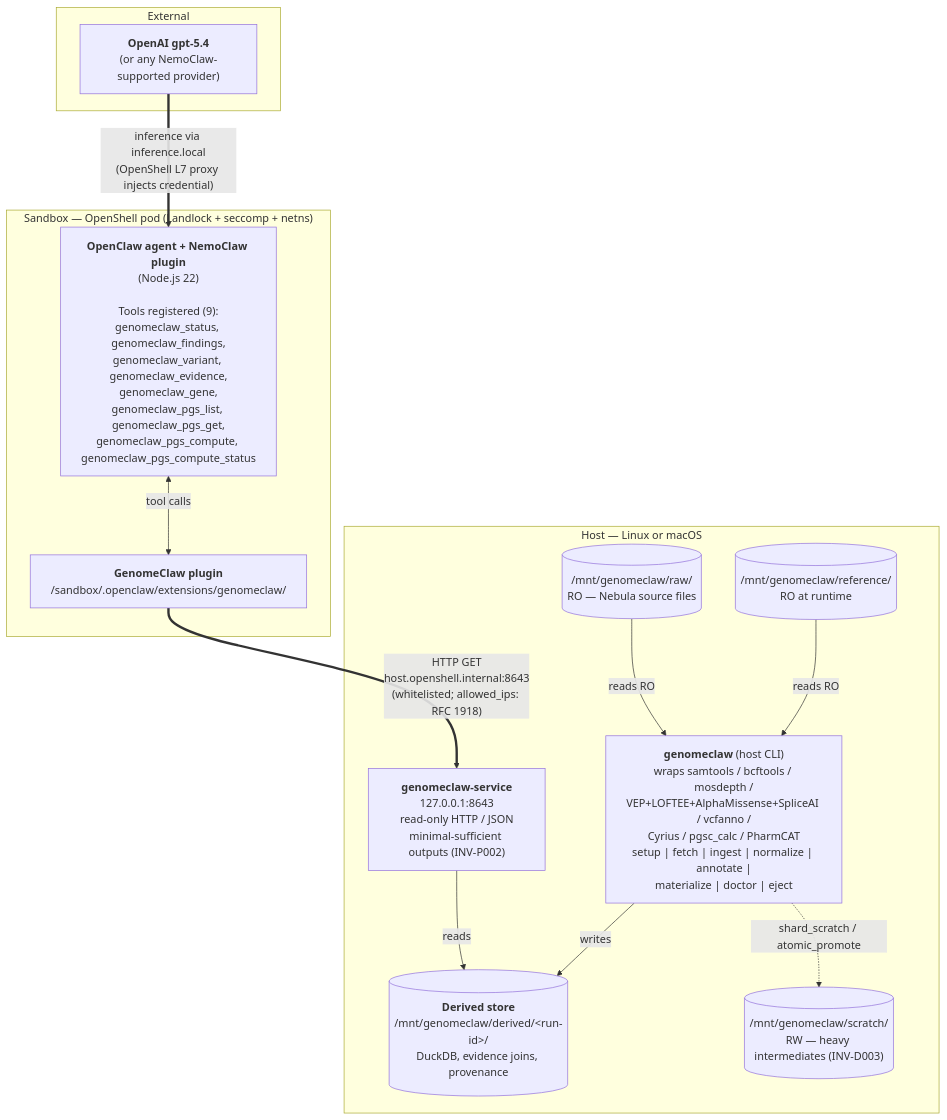
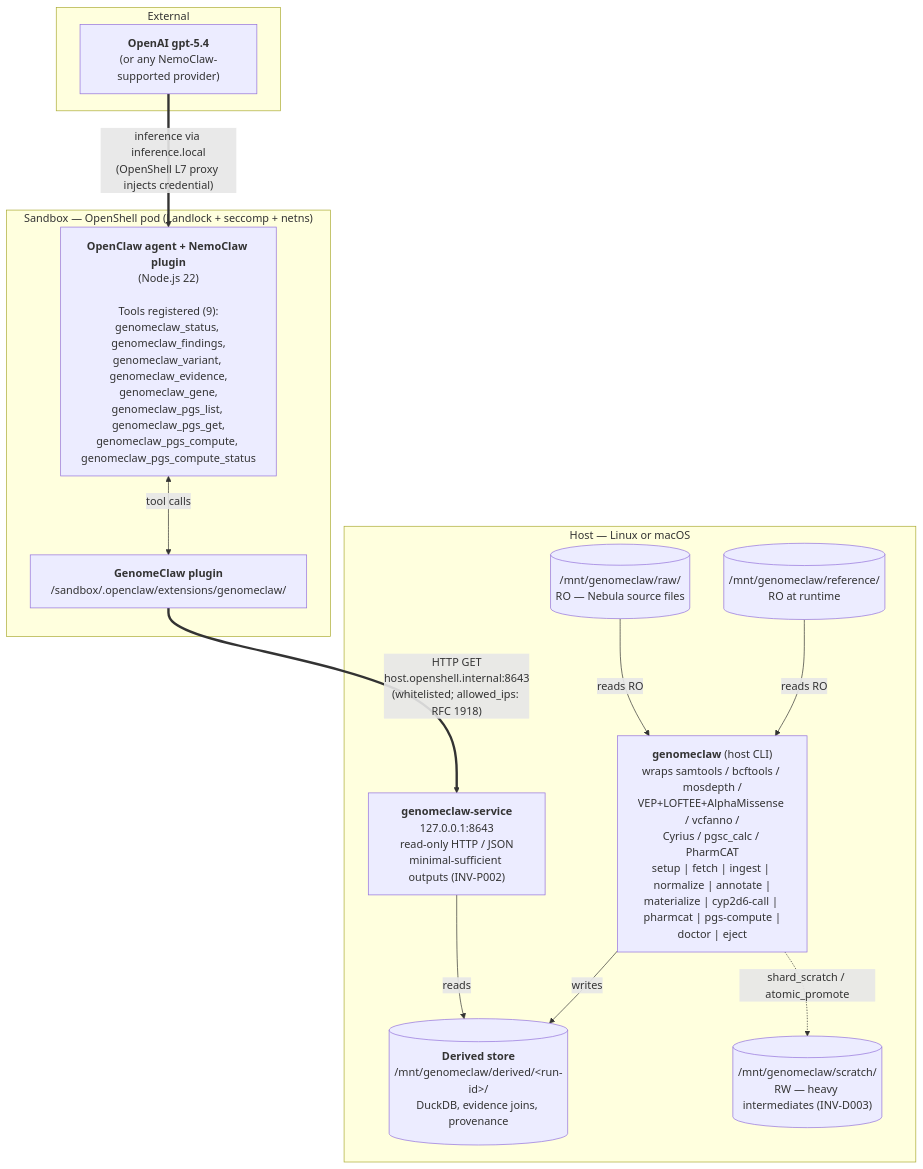
One commit to aerugo/GenomeClaw changed the first of 3 diagrams in docs/reference/architecture.md. Above: the diagram before and after it, drawn with Mermaid. The commit also changed other lines of this file and 8 other files, not shown here.

````diff
--- a/docs/reference/architecture.md
+++ b/docs/reference/architecture.md
@@ -75,30 +75,30 @@
 ```mermaid
 flowchart TB
     subgraph EXT["External"]
         LLM["<b>OpenAI gpt-5.4</b><br/>(or any NemoClaw-supported provider)"]
     end
 
     subgraph SBX["Sandbox — OpenShell pod (Landlock + seccomp + netns)"]
         Agent["<b>OpenClaw agent + NemoClaw plugin</b><br/>(Node.js 22)<br/><br/>Tools registered (9):<br/>genomeclaw_status, genomeclaw_findings,<br/>genomeclaw_variant, genomeclaw_evidence,<br/>genomeclaw_gene,<br/>genomeclaw_pgs_list, genomeclaw_pgs_get,<br/>genomeclaw_pgs_compute, genomeclaw_pgs_compute_status"]
         Plugin["<b>GenomeClaw plugin</b><br/>/sandbox/.openclaw/extensions/genomeclaw/"]
         Agent <-->|tool calls| Plugin
     end
 
     subgraph HST["Host — Linux or macOS"]
         Service["<b>genomeclaw-service</b><br/>127.0.0.1:8643<br/>read-only HTTP / JSON<br/>minimal-sufficient outputs (INV-P002)"]
         Store[("<b>Derived store</b><br/>/mnt/genomeclaw/derived/&lt;run-id&gt;/<br/>DuckDB, evidence joins, provenance")]
-        Prep["<b>genomeclaw</b> (host CLI)<br/>wraps samtools / bcftools / mosdepth /<br/>VEP+LOFTEE+AlphaMissense+SpliceAI / vcfanno /<br/>Cyrius / pgsc_calc / PharmCAT<br/>setup | fetch | ingest | normalize | annotate |<br/>materialize | doctor | eject"]
+        Prep["<b>genomeclaw</b> (host CLI)<br/>wraps samtools / bcftools / mosdepth /<br/>VEP+LOFTEE+AlphaMissense / vcfanno /<br/>Cyrius / pgsc_calc / PharmCAT<br/>setup | fetch | ingest | normalize | annotate |<br/>materialize | cyp2d6-call | pharmcat | pgs-compute |<br/>doctor | eject"]
         Scratch[("/mnt/genomeclaw/scratch/<br/>RW — heavy intermediates (INV-D003)")]
         Raw[("/mnt/genomeclaw/raw/<br/>RO — Nebula source files")]
         Ref[("/mnt/genomeclaw/reference/<br/>RO at runtime")]
 
         Service -->|reads| Store
         Prep -->|writes| Store
         Prep -.->|shard_scratch / atomic_promote| Scratch
         Raw -->|reads RO| Prep
         Ref -->|reads RO| Prep
     end
 
     LLM ==>|"inference via inference.local<br/>(OpenShell L7 proxy injects credential)"| Agent
     Plugin ==>|"HTTP GET<br/>host.openshell.internal:8643<br/>(whitelisted; allowed_ips: RFC 1918)"| Service
 ```
````
